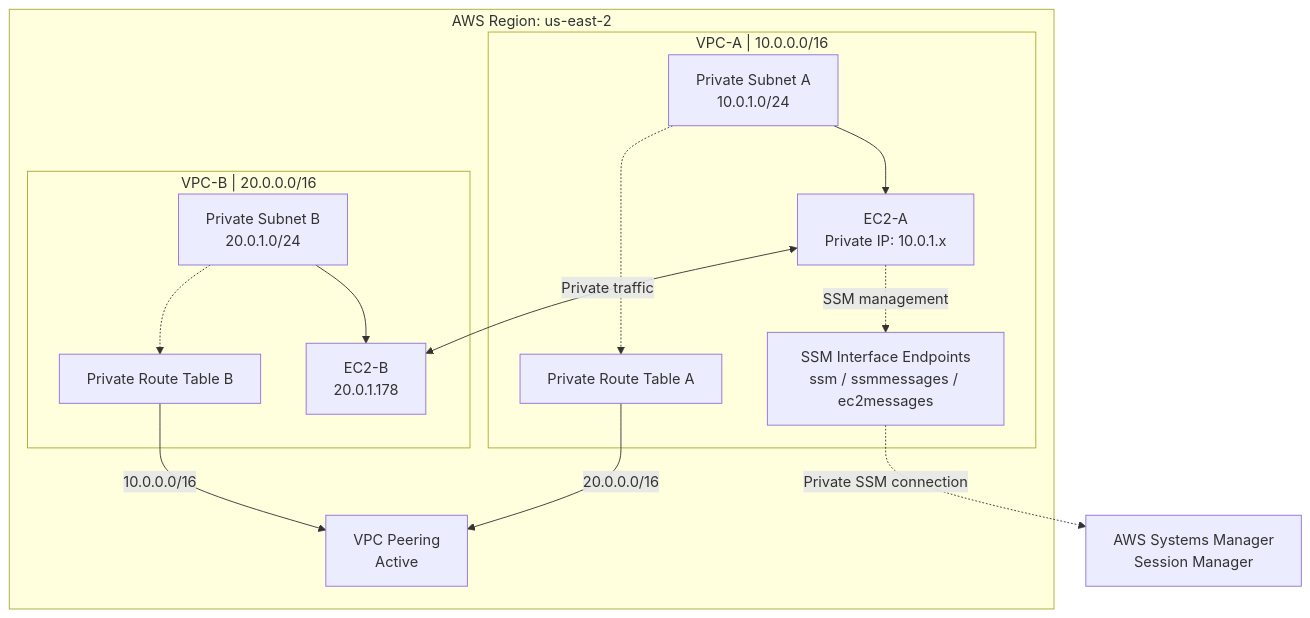
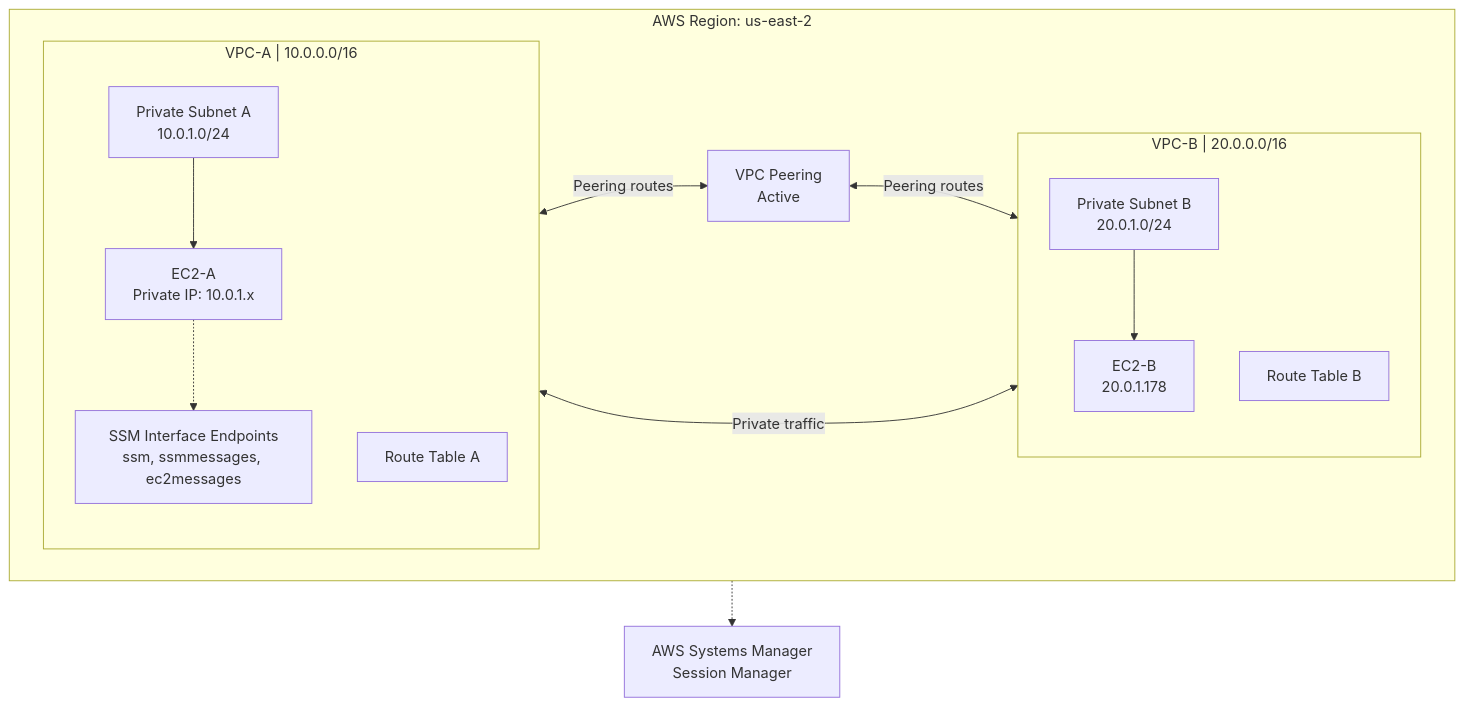
Before and after one commit to deepikacloud-learner/Project: the diagram in README.md, drawn with Mermaid. The commit also changed other lines of this file, not shown here.

Commit message:
Revise architecture diagram in README
Updated the architecture diagram in README to reflect changes in route tables and SSM endpoints.

````diff
--- a/README.md
+++ b/README.md
@@ -24,26 +24,29 @@
 ```mermaid
 flowchart TB
     subgraph AWS["AWS Region: us-east-2"]
+        direction LR
         subgraph A["VPC-A | 10.0.0.0/16"]
+            direction TB
             SA["Private Subnet A<br/>10.0.1.0/24"]
-            RTA["Private Route Table A"]
             ECA["EC2-A<br/>Private IP: 10.0.1.x"]
-            EP["SSM Interface Endpoints<br/>ssm / ssmmessages / ec2messages"]
+            RTA["Route Table A"]
+            EP["SSM Interface Endpoints<br/>ssm, ssmmessages, ec2messages"]
             SA --> ECA
-            SA -.-> RTA
-        end
-        subgraph B["VPC-B | 20.0.0.0/16"]
-            SB["Private Subnet B<br/>20.0.1.0/24"]
-            RTB["Private Route Table B"]
-            ECB["EC2-B<br/>20.0.1.178"]
-            SB --> ECB
-            SB -.-> RTB
+            ECA -.-> EP
+            RTA
         end
         PCX["VPC Peering<br/>Active"]
+        subgraph B["VPC-B | 20.0.0.0/16"]
+            direction TB
+            SB["Private Subnet B<br/>20.0.1.0/24"]
+            ECB["EC2-B<br/>20.0.1.178"]
+            RTB["Route Table B"]
+            SB --> ECB
+            RTB
+        end
+        RTA <-->|"Peering routes"| PCX
+        PCX <-->|"Peering routes"| RTB
         ECA <-->|"Private traffic"| ECB
-        RTA -->|"20.0.0.0/16"| PCX
-        RTB -->|"10.0.0.0/16"| PCX
-        ECA -.->|"SSM management"| EP
     end
-    EP -.->|"Private SSM connection"| SSM["AWS Systems Manager<br/>Session Manager"]
+    EP -.-> SSM["AWS Systems Manager<br/>Session Manager"]
 ```
````
